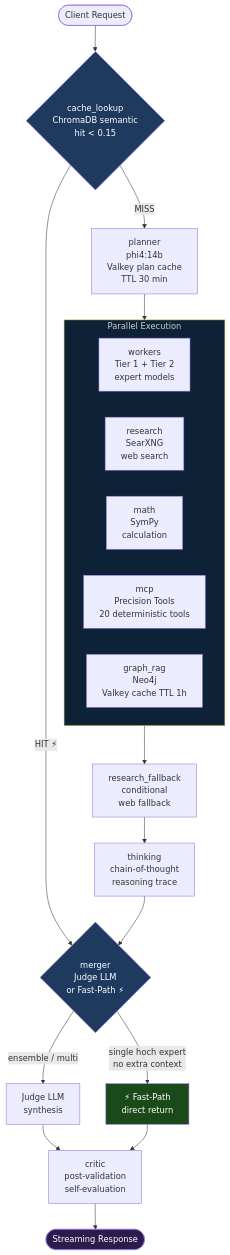
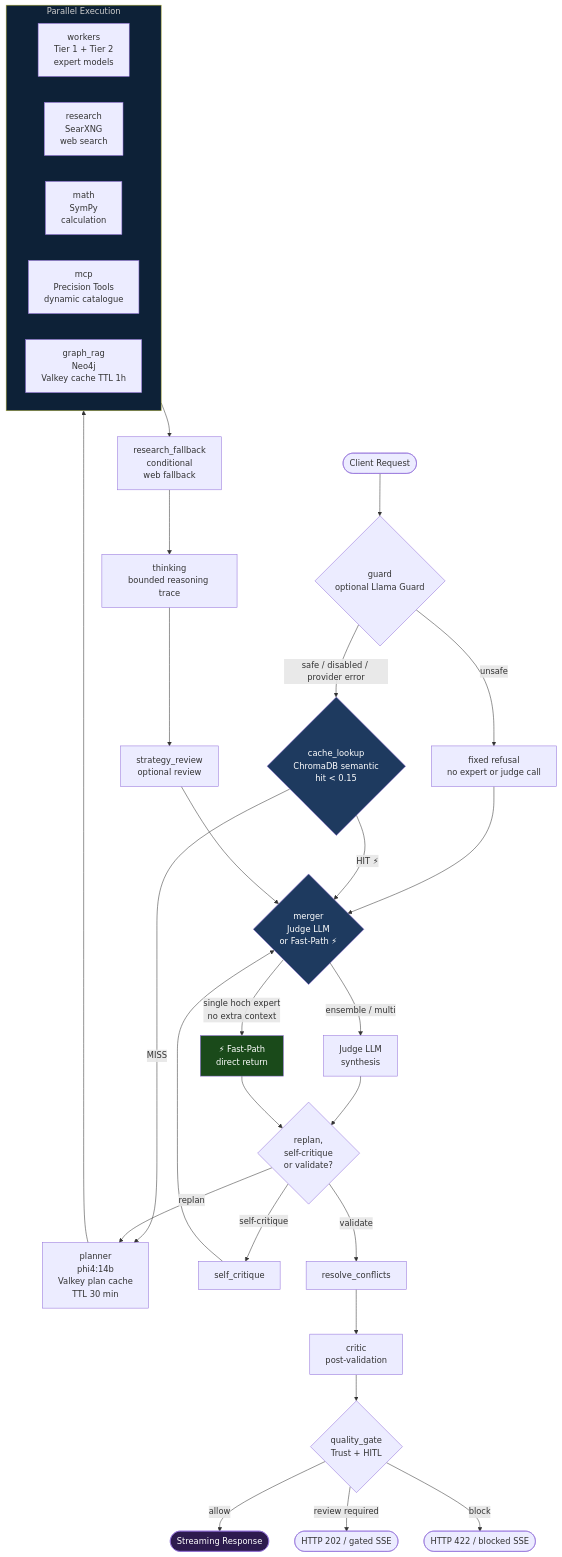
Before and after one commit to h3rb3rn/moe-sovereign: the first of 5 diagrams in docs/ARCHITECTURE.md, drawn with Mermaid. The commit also changed other lines of this file and 240 other files, not shown here.

````diff
--- a/docs/ARCHITECTURE.md
+++ b/docs/ARCHITECTURE.md
@@ -70,38 +71,50 @@
 ```mermaid
 flowchart TD
-    IN([Client Request]) --> CACHE
+    IN([Client Request]) --> GUARD{guard\noptional Llama Guard}
+    GUARD -->|safe / disabled / provider error| CACHE
+    GUARD -->|unsafe| REFUSE[fixed refusal\nno expert or judge call]
+    REFUSE --> MERGE
 
     CACHE{cache_lookup\nChromaDB semantic\nhit < 0.15}
     CACHE -->|HIT ⚡| MERGE
     CACHE -->|MISS| PLAN
 
     PLAN[planner\nphi4:14b\nValkey plan cache\nTTL 30 min]
     PLAN --> PAR
 
     subgraph PAR [Parallel Execution]
         direction LR
         W[workers\nTier 1 + Tier 2\nexpert models]
         R[research\nSearXNG\nweb search]
         M[math\nSymPy\ncalculation]
-        MCP[mcp\nPrecision Tools\n20 deterministic tools]
+        MCP[mcp\nPrecision Tools\ndynamic catalogue]
         GR[graph_rag\nNeo4j\nValkey cache TTL 1h]
     end
 
     PAR --> RF[research_fallback\nconditional\nweb fallback]
-    RF --> THINK[thinking\nchain-of-thought\nreasoning trace]
-    THINK --> MERGE
+    RF --> THINK[thinking\nbounded reasoning trace]
+    THINK --> REVIEW[strategy_review\noptional review]
+    REVIEW --> MERGE
 
     MERGE{merger\nJudge LLM\nor Fast-Path ⚡}
     MERGE -->|single hoch expert\nno extra context| FP[⚡ Fast-Path\ndirect return]
     MERGE -->|ensemble / multi| JUDGE[Judge LLM\nsynthesis]
 
-    JUDGE --> CRIT[critic\npost-validation\nself-evaluation]
-    FP --> CRIT
-    CRIT --> OUT([Streaming Response])
+    JUDGE --> DECIDE{replan,\nself-critique\nor validate?}
+    FP --> DECIDE
+    DECIDE -->|replan| PLAN
+    DECIDE -->|self-critique| SELF[self_critique]
+    SELF --> MERGE
+    DECIDE -->|validate| CONFLICT[resolve_conflicts]
+    CONFLICT --> CRIT[critic\npost-validation]
+    CRIT --> QG{quality_gate\nTrust + HITL}
+    QG -->|allow| OUT([Streaming Response])
+    QG -->|review required| HOLD([HTTP 202 / gated SSE])
+    QG -->|block| BLOCK([HTTP 422 / blocked SSE])
 
     style CACHE fill:#1e3a5f,color:#fff
     style MERGE fill:#1e3a5f,color:#fff
     style PAR fill:#0d2137,color:#ccc
     style FP fill:#1a4a1a,color:#fff
     style OUT fill:#2d1b4e,color:#fff
 ```
````
